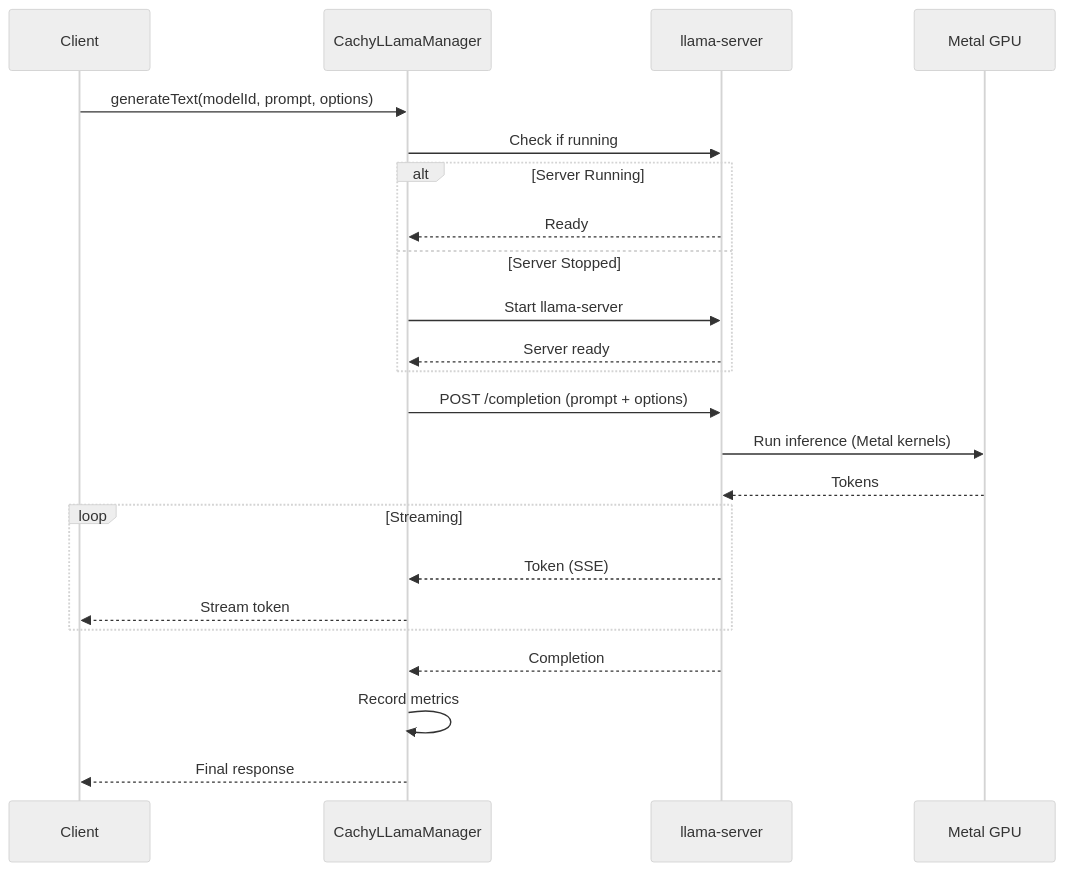
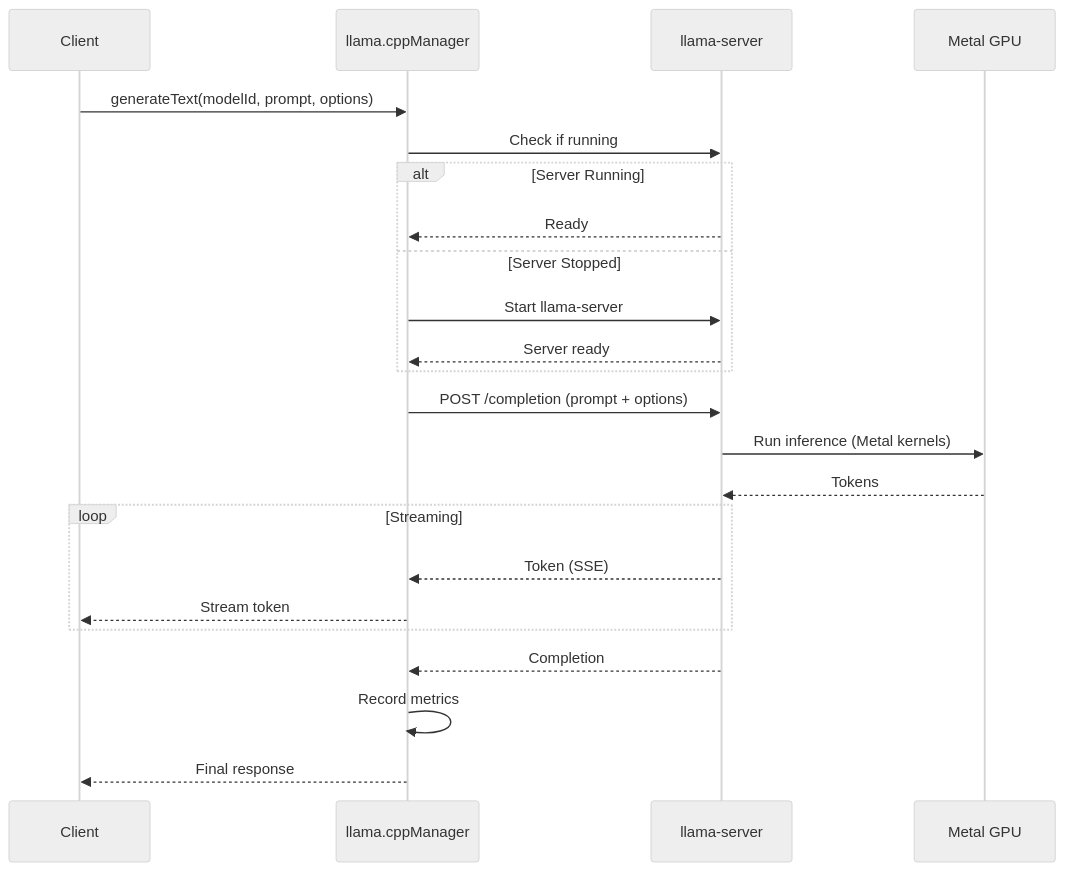
One commit to SyntheticAutonomicMind/SAM changed the fourth of 4 diagrams in project-docs/MLX_INTEGRATION.md. Above: the diagram before and after it, drawn with Mermaid (neutral theme). The commit also changed other lines of this file and 14 other files, not shown here.

Commit message:
chore(docs): Drop references to CachyLLama as we've migrated back to llama.cpp.

````diff
--- a/project-docs/MLX_INTEGRATION.md
+++ b/project-docs/MLX_INTEGRATION.md
@@ -617,30 +617,30 @@
 ```mermaid
 sequenceDiagram
     participant Client
-    participant Manager as CachyLLamaManager
+    participant Manager as llama.cppManager
     participant Server as llama-server
     participant Metal as Metal GPU
     
     Client->>Manager: generateText(modelId, prompt, options)
     Manager->>Server: Check if running
     
     alt Server Running
         Server-->>Manager: Ready
     else Server Stopped
         Manager->>Server: Start llama-server
         Server-->>Manager: Server ready
     end
     
     Manager->>Server: POST /completion (prompt + options)
     Server->>Metal: Run inference (Metal kernels)
     Metal-->>Server: Tokens
     
     loop Streaming
         Server-->>Manager: Token (SSE)
         Manager-->>Client: Stream token
     end
     
     Server-->>Manager: Completion
     Manager->>Manager: Record metrics
     Manager-->>Client: Final response
 ```
````
